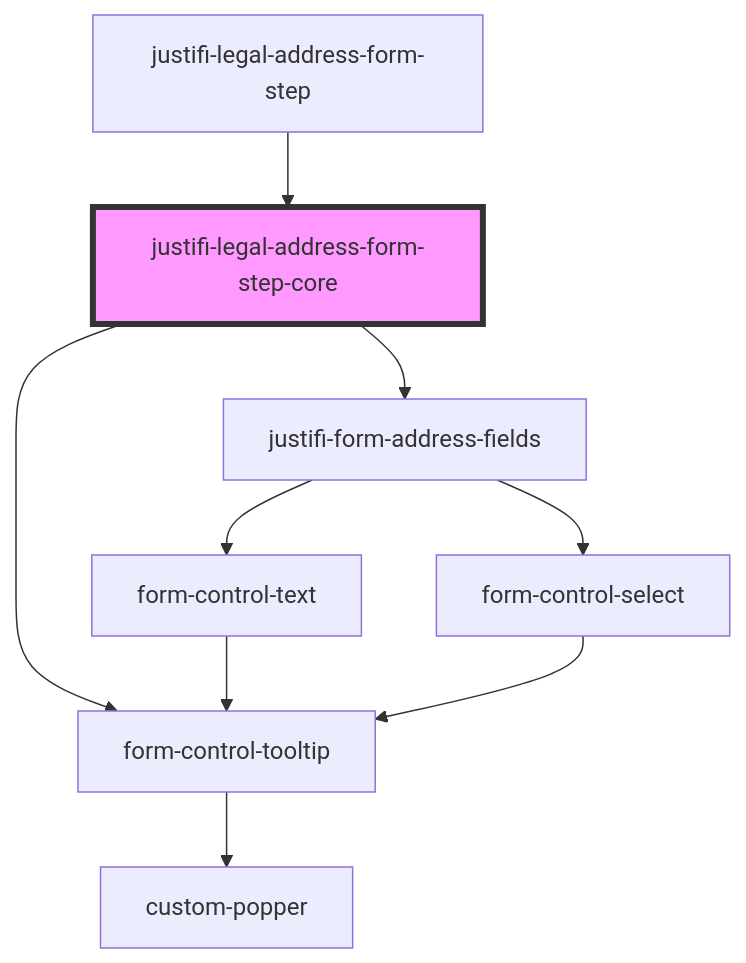
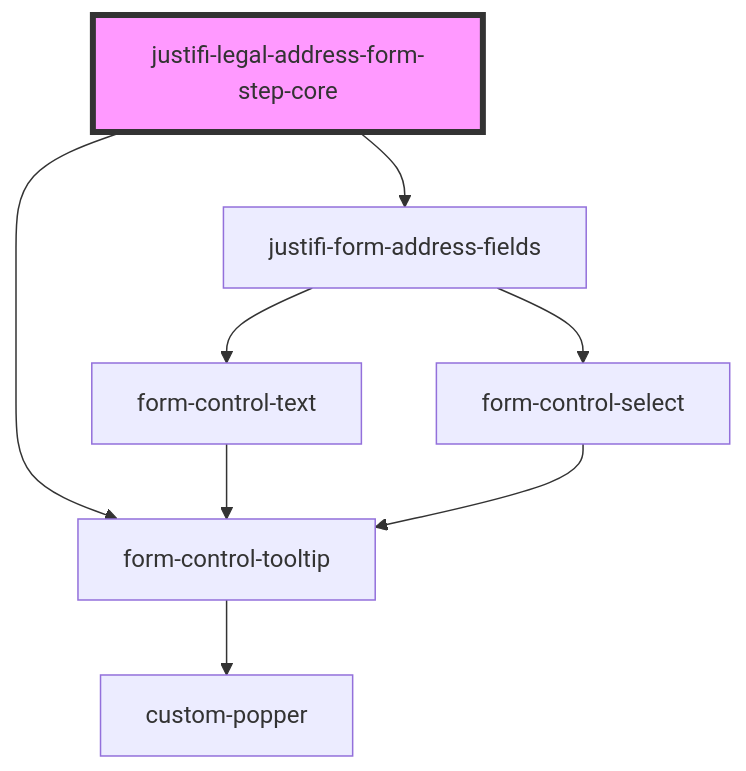
Before and after one commit to justifi-tech/web-component-library: the diagram in packages/webcomponents/src/components/business-forms/payment-provisioning/legal-address-form/readme.md, drawn with Mermaid. The commit also changed other lines of this file and 4 other files, not shown here.

Commit message:
Remove core component for legal-address-form-step

````diff
--- a/packages/webcomponents/src/components/business-forms/payment-provisioning/legal-address-form/readme.md
+++ b/packages/webcomponents/src/components/business-forms/payment-provisioning/legal-address-form/readme.md
@@ -58,12 +54,11 @@
 ```mermaid
 graph TD;
   justifi-legal-address-form-step-core --> form-control-tooltip
   justifi-legal-address-form-step-core --> justifi-form-address-fields
   form-control-tooltip --> custom-popper
   justifi-form-address-fields --> form-control-text
   justifi-form-address-fields --> form-control-select
   form-control-text --> form-control-tooltip
   form-control-select --> form-control-tooltip
-  justifi-legal-address-form-step --> justifi-legal-address-form-step-core
   style justifi-legal-address-form-step-core fill:#f9f,stroke:#333,stroke-width:4px
 ```
````
